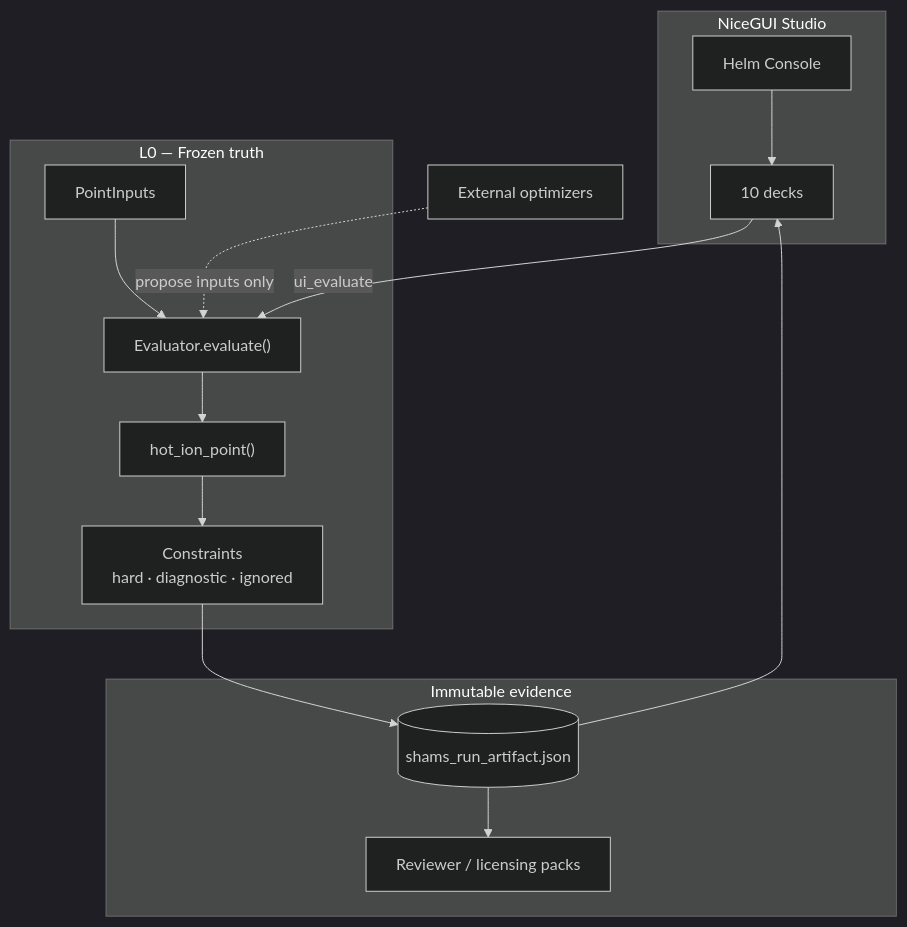
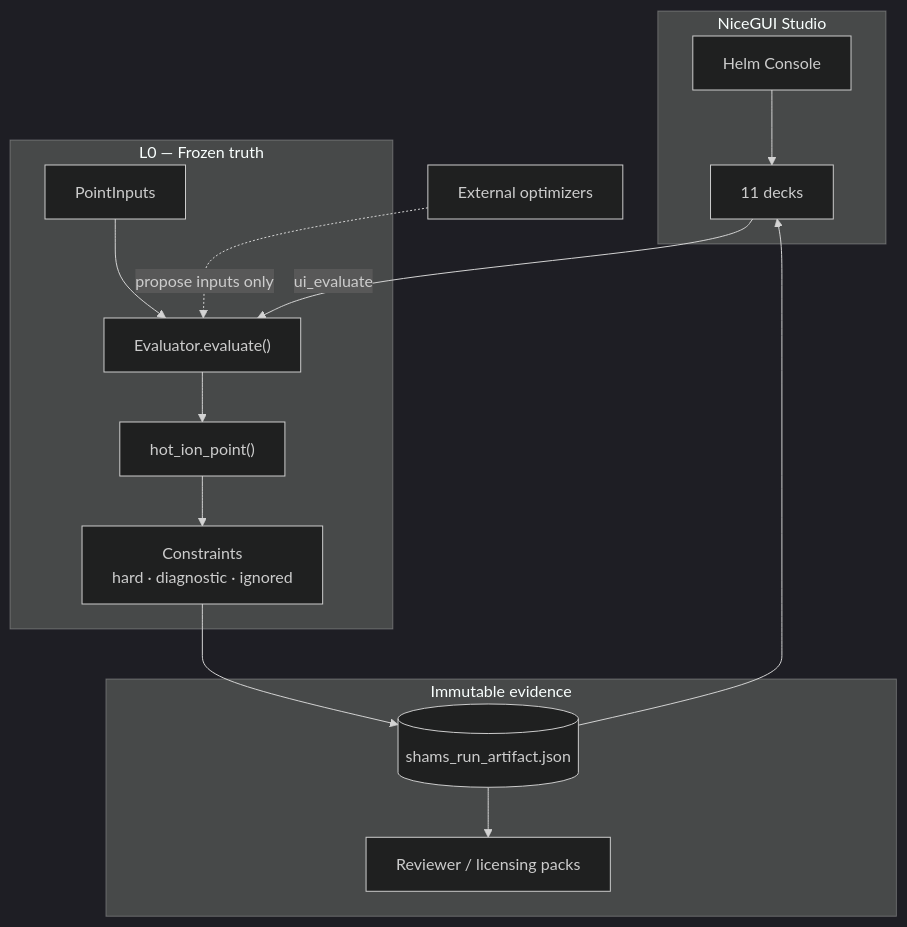
One commit to afshin-arj/SHAMS-0D-Tokamak-Design-Studio changed the third of 6 diagrams in README.md. Above: the diagram before and after it, drawn with Mermaid (dark theme). The commit also changed other lines of this file and 17 other files, not shown here.

````diff
--- a/README.md
+++ b/README.md
@@ -107,27 +109,27 @@
 ```mermaid
 flowchart TB
   subgraph Studio["NiceGUI Studio"]
     Helm[Helm Console]
-    Decks[10 decks]
+    Decks[11 decks]
     Helm --> Decks
   end
 
   subgraph L0["L0 — Frozen truth"]
     PI[PointInputs]
     EV["Evaluator.evaluate()"]
     HI["hot_ion_point()"]
     CON[Constraints<br/>hard · diagnostic · ignored]
     PI --> EV --> HI --> CON
   end
 
   subgraph Out["Immutable evidence"]
     ART[(shams_run_artifact.json)]
     PACK[Reviewer / licensing packs]
   end
 
   OPT[External optimizers] -. propose inputs only .-> EV
   Decks -->|ui_evaluate| EV
   CON --> ART
   ART --> Decks
   ART --> PACK
 ```
````
